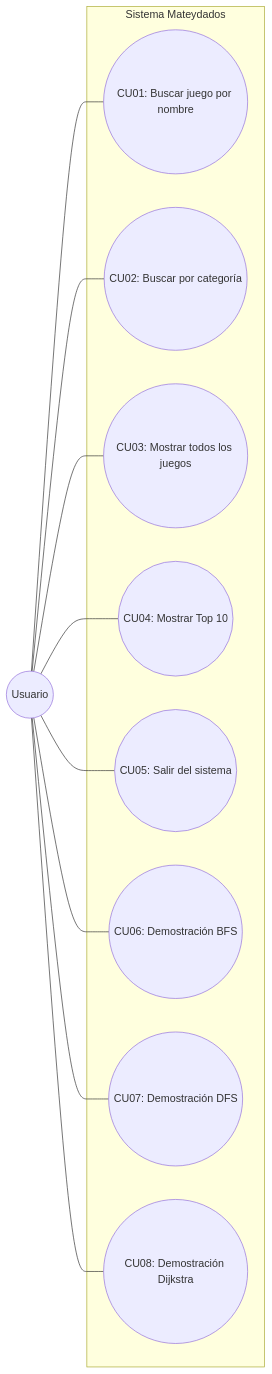
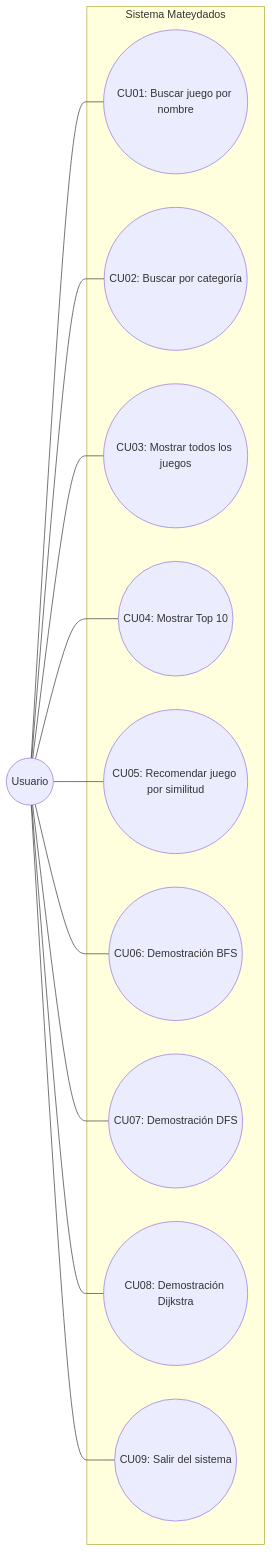
The diagram in docs/02-casos-de-uso.md (jonihauff/Matesydados), drawn with Mermaid before and after one commit. The commit also changed other lines of this file and 6 other files, not shown here.

````diff
--- a/docs/02-casos-de-uso.md
+++ b/docs/02-casos-de-uso.md
@@ -5,22 +5,24 @@
 ```mermaid
 graph LR
     subgraph Mateydados ["Sistema Mateydados"]
         CU1(("CU01: Buscar juego por nombre"))
         CU2(("CU02: Buscar por categoría"))
         CU3(("CU03: Mostrar todos los juegos"))
         CU4(("CU04: Mostrar Top 10"))
-        CU5(("CU05: Salir del sistema"))
+        CU5(("CU05: Recomendar juego por similitud"))
         CU6(("CU06: Demostración BFS"))
         CU7(("CU07: Demostración DFS"))
         CU8(("CU08: Demostración Dijkstra"))
+        CU9(("CU09: Salir del sistema"))
     end
 
     Usuario((Usuario)) --- CU1
     Usuario --- CU2
     Usuario --- CU3
     Usuario --- CU4
     Usuario --- CU5
     Usuario --- CU6
     Usuario --- CU7
     Usuario --- CU8
+    Usuario --- CU9
 ```
````
